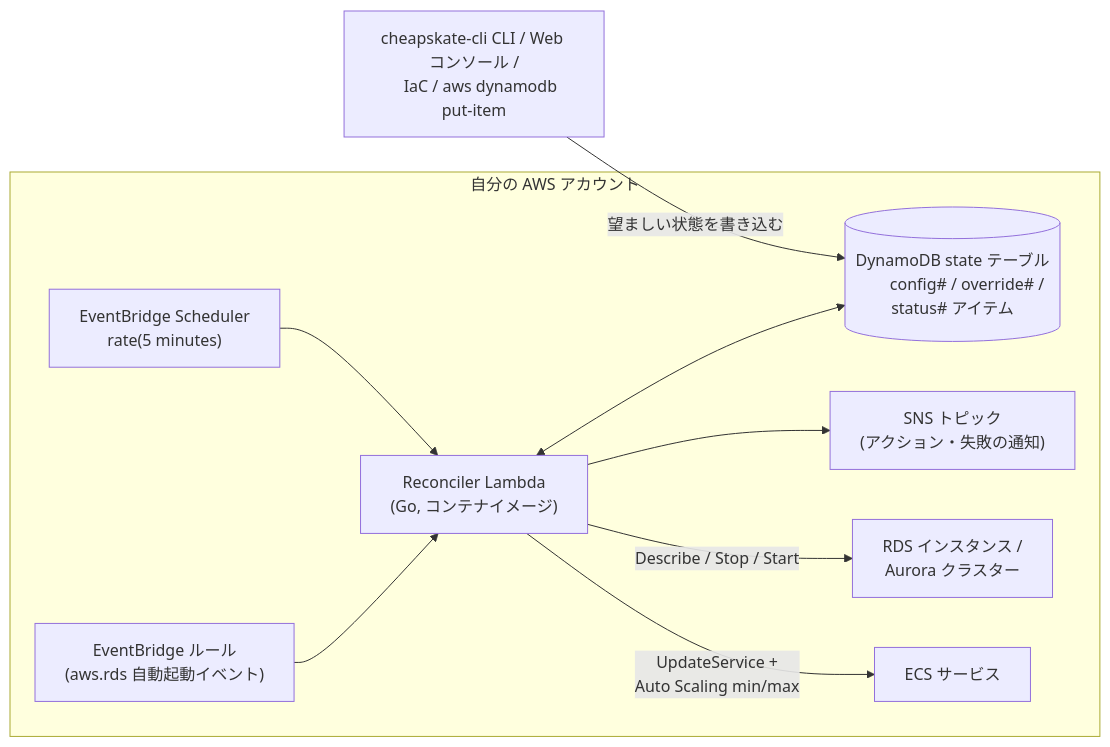
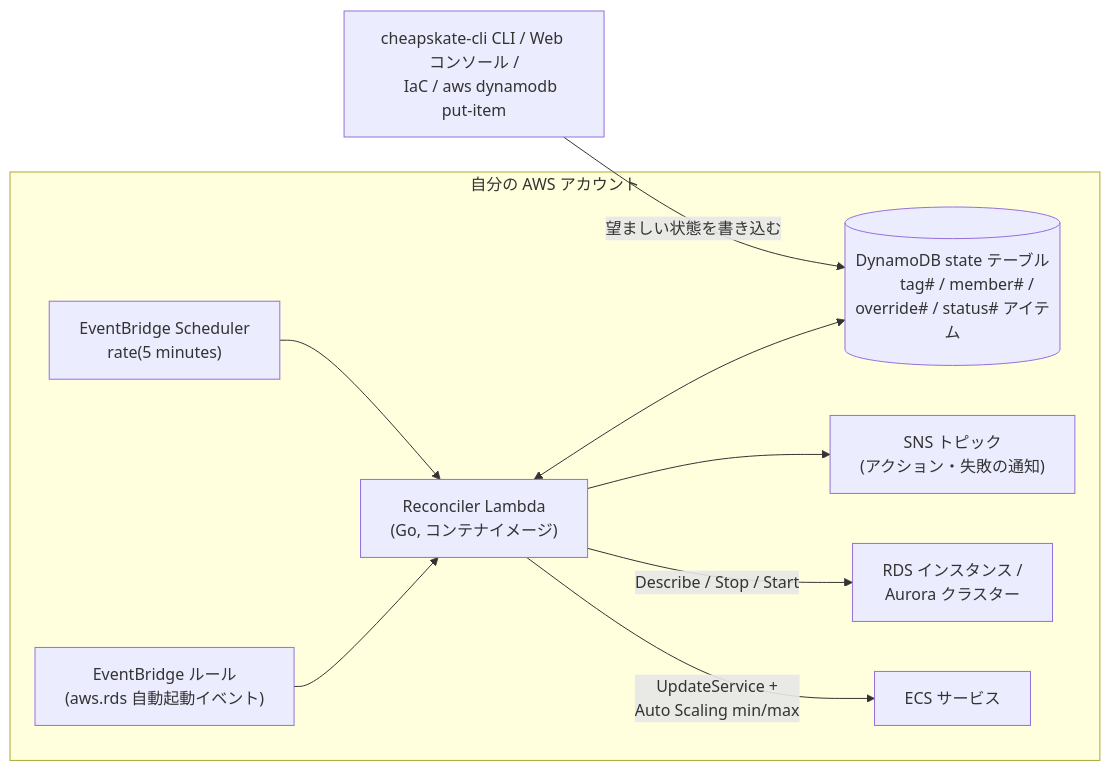
The diagram in docs/ja/README.md (moepig/cheapskate), drawn with Mermaid before and after one commit. The commit also changed other lines of this file and 14 other files, not shown here.

````diff
--- a/docs/ja/README.md
+++ b/docs/ja/README.md
@@ -14,30 +14,30 @@
 ```mermaid
 flowchart LR
     ops["cheapskate-cli CLI / Web コンソール /
     IaC / aws dynamodb put-item"]
 
     subgraph account["自分の AWS アカウント"]
         sched["EventBridge Scheduler
         rate(5 minutes)"]
         rule["EventBridge ルール
         (aws.rds 自動起動イベント)"]
         fn["Reconciler Lambda
         (Go, コンテナイメージ)"]
         ddb[("DynamoDB state テーブル
-        config# / override# / status# アイテム")]
+        tag# / member# / override# / status# アイテム")]
         sns["SNS トピック
         (アクション・失敗の通知)"]
         rds["RDS インスタンス /
         Aurora クラスター"]
         ecs["ECS サービス"]
     end
 
     ops -- "望ましい状態を書き込む" --> ddb
     sched --> fn
     rule --> fn
     fn <--> ddb
     fn -- "Describe / Stop / Start" --> rds
     fn -- "UpdateService +
     Auto Scaling min/max" --> ecs
     fn --> sns
 ```
````
